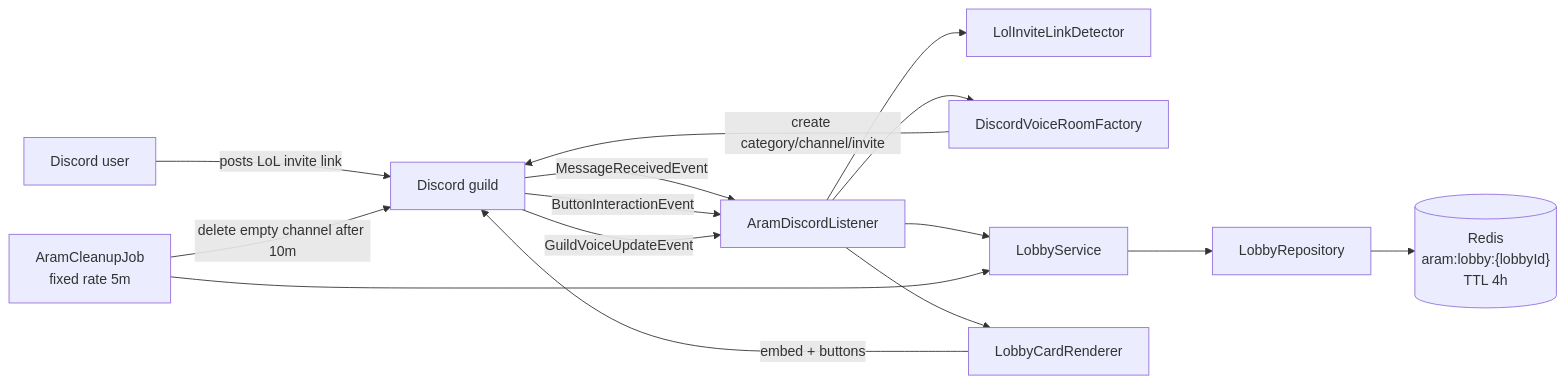
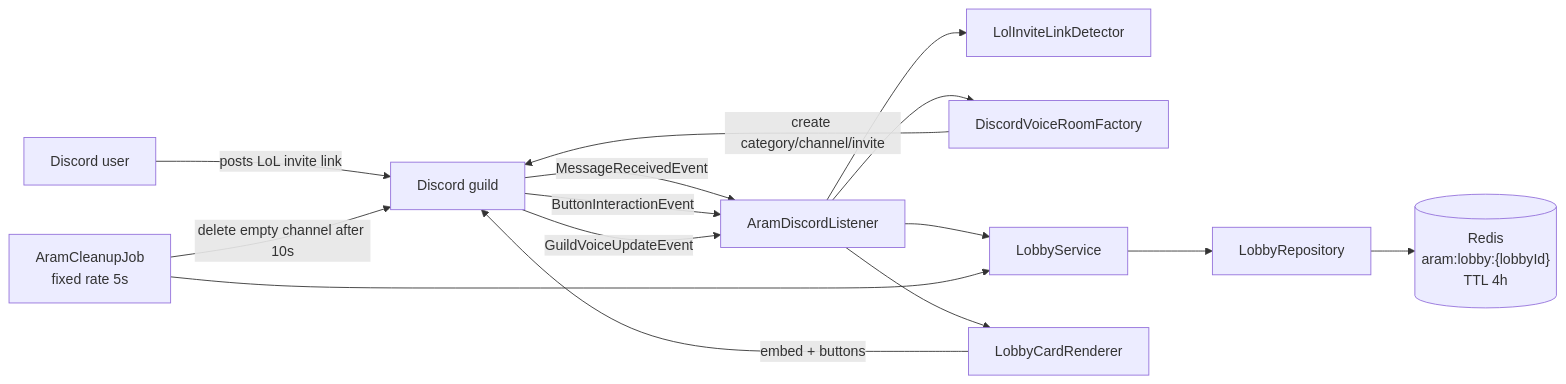
The first of 2 diagrams in docs/technical-design.md (Eddie425/aram-lobby-bot), drawn with Mermaid before and after one commit. The commit also changed other lines of this file and 7 other files, not shown here.

````diff
--- a/docs/technical-design.md
+++ b/docs/technical-design.md
@@ -11,18 +11,18 @@
 ```mermaid
 flowchart LR
     user["Discord user"] -->|posts LoL invite link| discord["Discord guild"]
     discord -->|MessageReceivedEvent| listener["AramDiscordListener"]
     listener --> detector["LolInviteLinkDetector"]
     listener --> voiceFactory["DiscordVoiceRoomFactory"]
     voiceFactory -->|create category/channel/invite| discord
     listener --> service["LobbyService"]
     service --> repo["LobbyRepository"]
     repo --> redis[("Redis\naram:lobby:{lobbyId}\nTTL 4h")]
     listener --> renderer["LobbyCardRenderer"]
     renderer -->|embed + buttons| discord
 
     discord -->|ButtonInteractionEvent| listener
     discord -->|GuildVoiceUpdateEvent| listener
-    cleanup["AramCleanupJob\nfixed rate 5m"] --> service
-    cleanup -->|delete empty channel after 10m| discord
+    cleanup["AramCleanupJob\nfixed rate 5s"] --> service
+    cleanup -->|delete empty channel after 10s| discord
 ```
````
